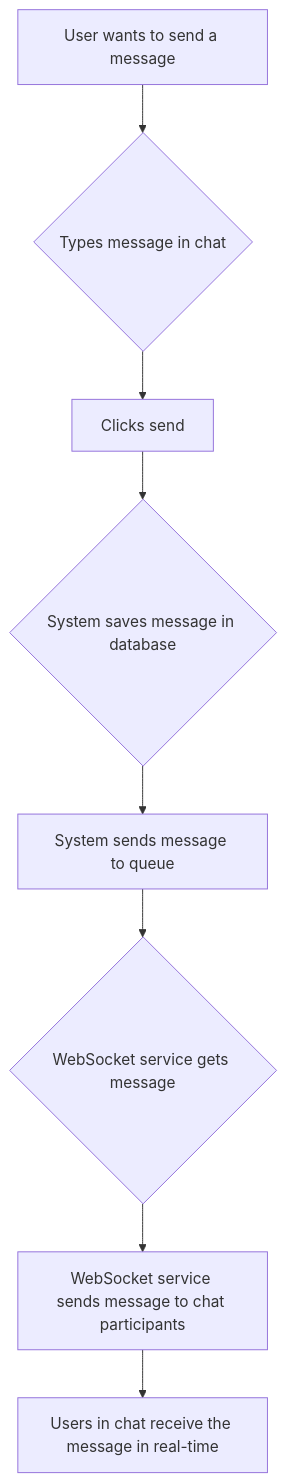
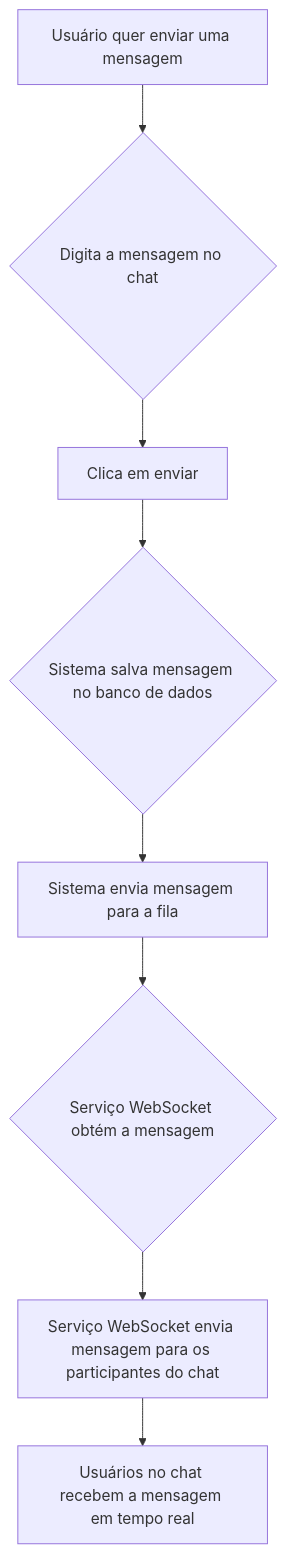
One commit to Thiagoldo/pos-unifametro-backend changed the fourth of 16 diagrams in docs/diagrams.md. Above: the diagram before and after it, drawn with Mermaid. The commit also changed other lines of this file, not shown here.

Commit message:
docs: translate diagrams.md to portuguese

````diff
--- a/docs/diagrams.md
+++ b/docs/diagrams.md
@@ -60,10 +60,10 @@
 ```mermaid
 graph TD
-    A[User wants to send a message] --> B{Types message in chat};
-    B --> C[Clicks send];
-    C --> D{System saves message in database};
-    D --> E[System sends message to queue];
-    E --> F{WebSocket service gets message};
-    F --> G[WebSocket service sends message to chat participants];
-    G --> H[Users in chat receive the message in real-time];
+    A[Usuário quer enviar uma mensagem] --> B{Digita a mensagem no chat};
+    B --> C[Clica em enviar];
+    C --> D{Sistema salva mensagem no banco de dados};
+    D --> E[Sistema envia mensagem para a fila];
+    E --> F{Serviço WebSocket obtém a mensagem};
+    F --> G[Serviço WebSocket envia mensagem para os participantes do chat];
+    G --> H[Usuários no chat recebem a mensagem em tempo real];
 ```
````
